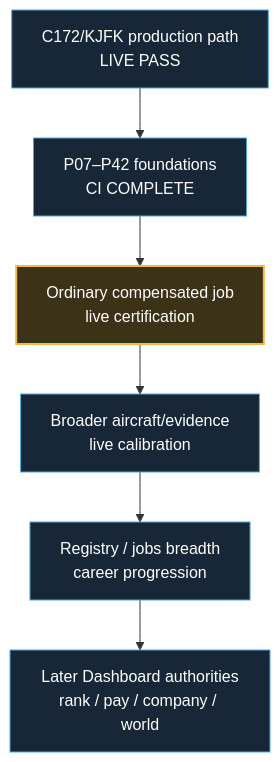
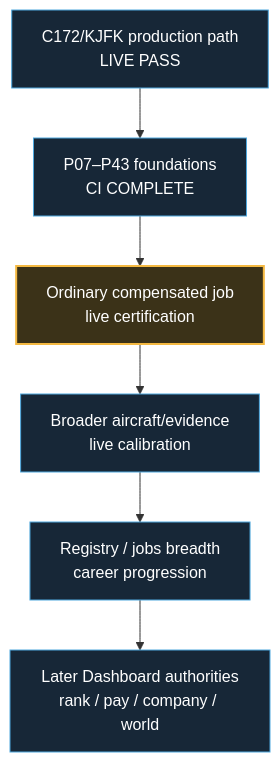
Before and after one commit to dhavalpddn-eng/OpenCareer: the second of 2 diagrams in docs/development-master-checklist.md, drawn with Mermaid. The commit also changed other lines of this file and 2 other files, not shown here.

````diff
--- a/docs/development-master-checklist.md
+++ b/docs/development-master-checklist.md
@@ -54,13 +54,13 @@
 ```mermaid
 flowchart TD
-    A["C172/KJFK production path<br/>LIVE PASS"] --> B["P07–P42 foundations<br/>CI COMPLETE"]
+    A["C172/KJFK production path<br/>LIVE PASS"] --> B["P07–P43 foundations<br/>CI COMPLETE"]
     B --> C["Ordinary compensated job<br/>live certification"]
     C --> D["Broader aircraft/evidence<br/>live calibration"]
     D --> E["Registry / jobs breadth<br/>career progression"]
     E --> F["Later Dashboard authorities<br/>rank / pay / company / world"]
 
     classDef next fill:#3b3218,stroke:#F4B942,color:#fff,stroke-width:2px;
     classDef future fill:#172737,stroke:#4EA8DE,color:#fff,stroke-width:1px;
     class C next;
     class A,B,D,E,F future;
 ```
````
